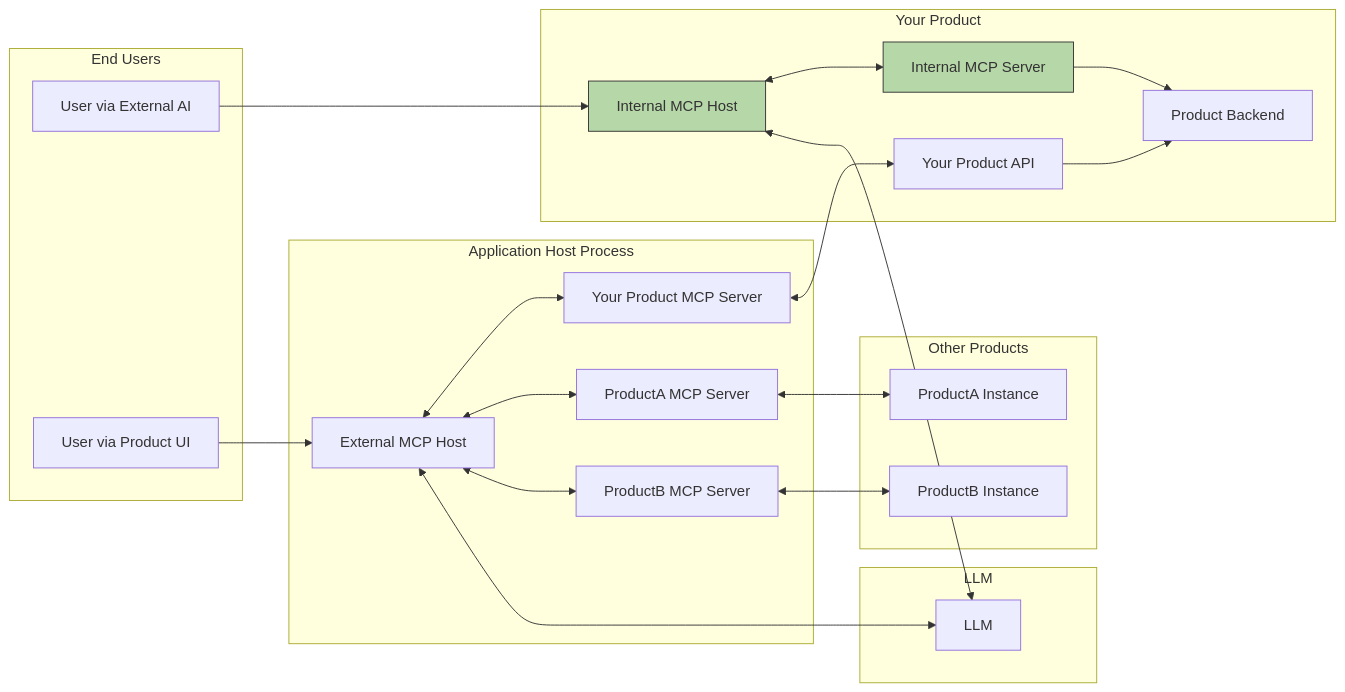
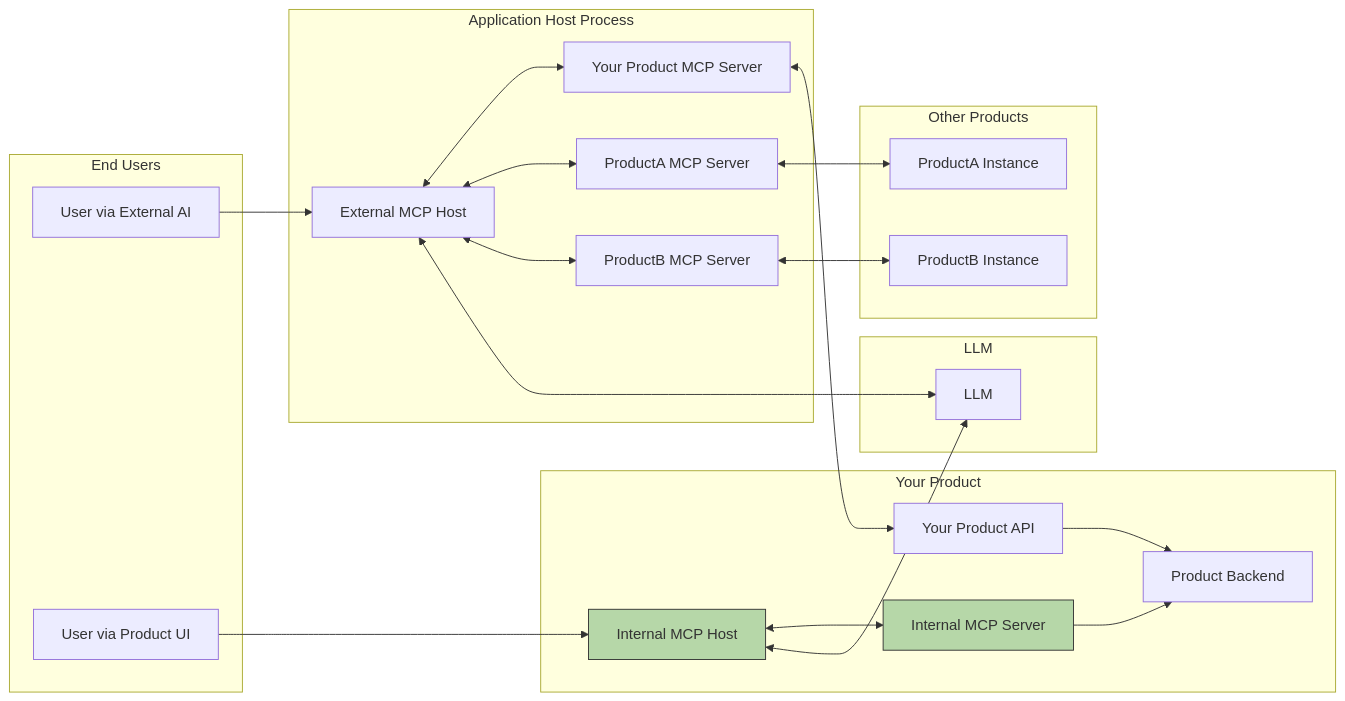
The third of 3 diagrams in _posts/2025-10-27-dual-mcp-server.markdown (gyliu513/gyliu513.github.io), drawn with Mermaid before and after one commit. The commit also changed other lines of this file, not shown here.

Commit message:
update mermaid chart for two level mcp (#73)

````diff
--- a/_posts/2025-10-27-dual-mcp-server.markdown
+++ b/_posts/2025-10-27-dual-mcp-server.markdown
@@ -177,49 +173,49 @@
 ```mermaid
 graph LR
     subgraph "Application Host Process"
         MH[External MCP Host]
         MS1[Your Product MCP Server]
         MS2[ProductA MCP Server]
         MS3[ProductB MCP Server]
 
         MH <--> MS1
         MH <--> MS2
         MH <--> MS3
     end
 
     subgraph "Your Product"
         IMC[Internal MCP Host]
         IRA[Your Product API]
         IMS[Internal MCP Server]
         IB[Product Backend]
         IMS --> IB
         IMC <--> IMS
         MS1 <--> IRA
         IRA --> IB
     end
 
     subgraph "Other Products"
         PA[ProductA Instance]
         PB[ProductB Instance]
         MS2 <--> PA
         MS3 <--> PB
     end
 
     subgraph "LLM"
         EL[LLM]
         MH <--> EL
         IMC <--> EL
     end
 
     subgraph "End Users"
-        U1[User via External AI]
-        U2[User via Product UI]
+        U2[User via External AI]
+        U1[User via Product UI]
         U1 --> IMC
         U2 --> MH
     end
     
     %% Define styling
     classDef newCom fill:#b6d7a8,stroke:#333,stroke-width:1px;
     class IMC newCom;
     class IMS newCom;
 ```
````
